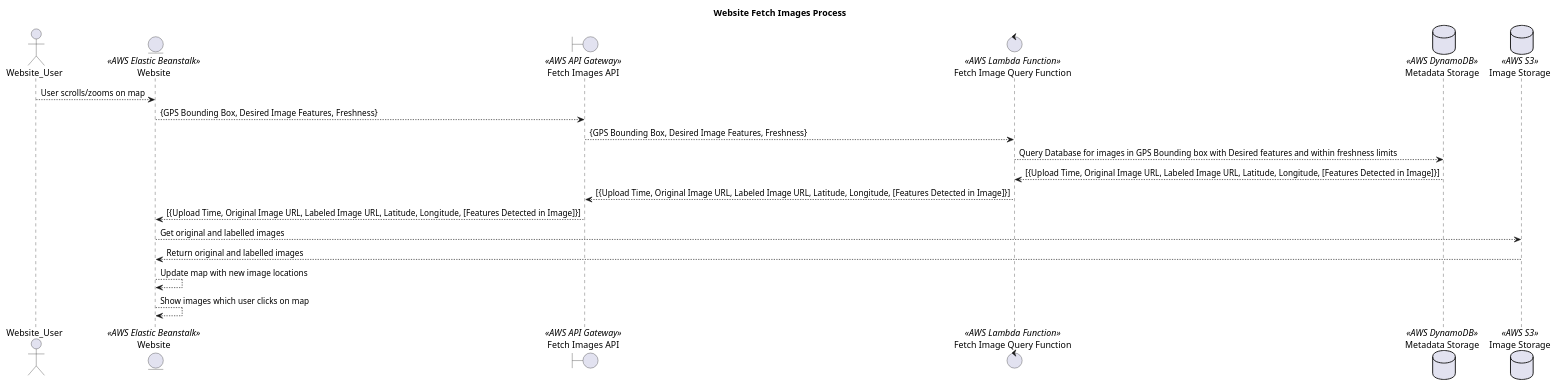
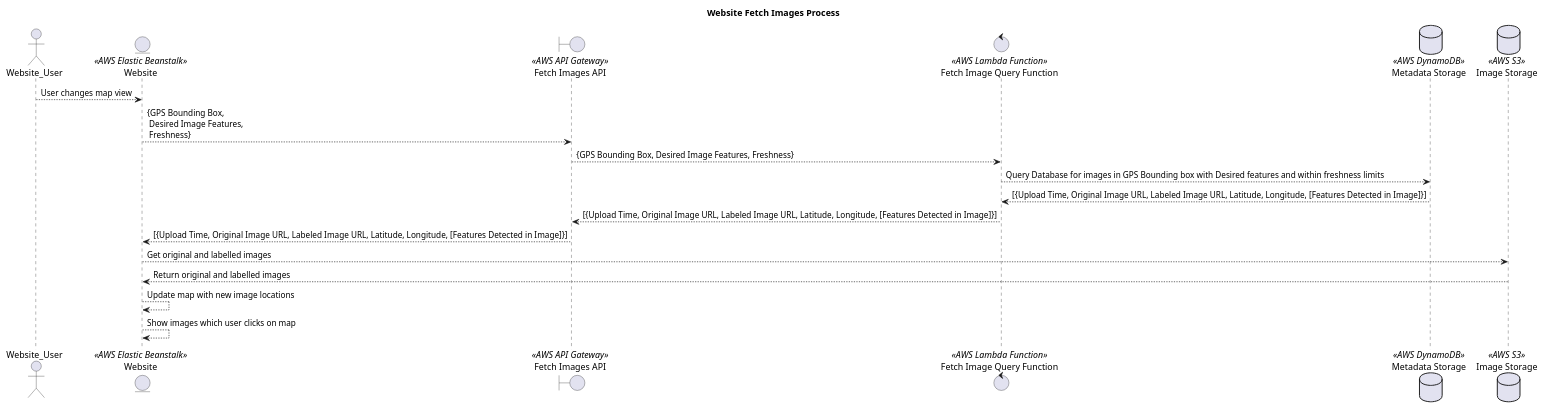
One commit to mikebowyer/ECE528_Project changed the diagram in sequence_diagrams/website_request_images.wsd. Above: the diagram before and after it, drawn with PlantUML. The commit also changed 5 other files, not shown here.

Commit message:
Updated sequence diagrams

```diff
--- a/sequence_diagrams/website_request_images.wsd
+++ b/sequence_diagrams/website_request_images.wsd
@@ -1,23 +1,23 @@
 @startuml
 title Website Fetch Images Process
 
 actor       Website_User
 entity      "Website" as Dashcam_Image_Browsing_Website << AWS Elastic Beanstalk>>
 boundary    "Fetch Images API" as Image_Fetch_API << AWS API Gateway >>
 control     "Fetch Image Query Function" as Lambda_Fetch_Function << AWS Lambda Function >>
 database    "Metadata Storage" as AWS_DynamoDB << AWS DynamoDB >>
 database    "Image Storage" as AWS_S3 << AWS S3 >>
 
-Website_User --> Dashcam_Image_Browsing_Website: User scrolls/zooms on map
-Dashcam_Image_Browsing_Website --> Image_Fetch_API: {GPS Bounding Box, Desired Image Features, Freshness}
+Website_User --> Dashcam_Image_Browsing_Website: User changes map view
+Dashcam_Image_Browsing_Website --> Image_Fetch_API: {GPS Bounding Box,\n Desired Image Features,\n Freshness}
 Image_Fetch_API --> Lambda_Fetch_Function: {GPS Bounding Box, Desired Image Features, Freshness}
 Lambda_Fetch_Function --> AWS_DynamoDB: Query Database for images in GPS Bounding box with Desired features and within freshness limits
 AWS_DynamoDB --> Lambda_Fetch_Function: [{Upload Time, Original Image URL, Labeled Image URL, Latitude, Longitude, [Features Detected in Image]}]
 Lambda_Fetch_Function --> Image_Fetch_API: [{Upload Time, Original Image URL, Labeled Image URL, Latitude, Longitude, [Features Detected in Image]}]
 Image_Fetch_API --> Dashcam_Image_Browsing_Website: [{Upload Time, Original Image URL, Labeled Image URL, Latitude, Longitude, [Features Detected in Image]}]
 Dashcam_Image_Browsing_Website --> AWS_S3: Get original and labelled images
 AWS_S3 --> Dashcam_Image_Browsing_Website: Return original and labelled images
 Dashcam_Image_Browsing_Website --> Dashcam_Image_Browsing_Website: Update map with new image locations
 Dashcam_Image_Browsing_Website --> Dashcam_Image_Browsing_Website: Show images which user clicks on map
 
 @enduml
```
